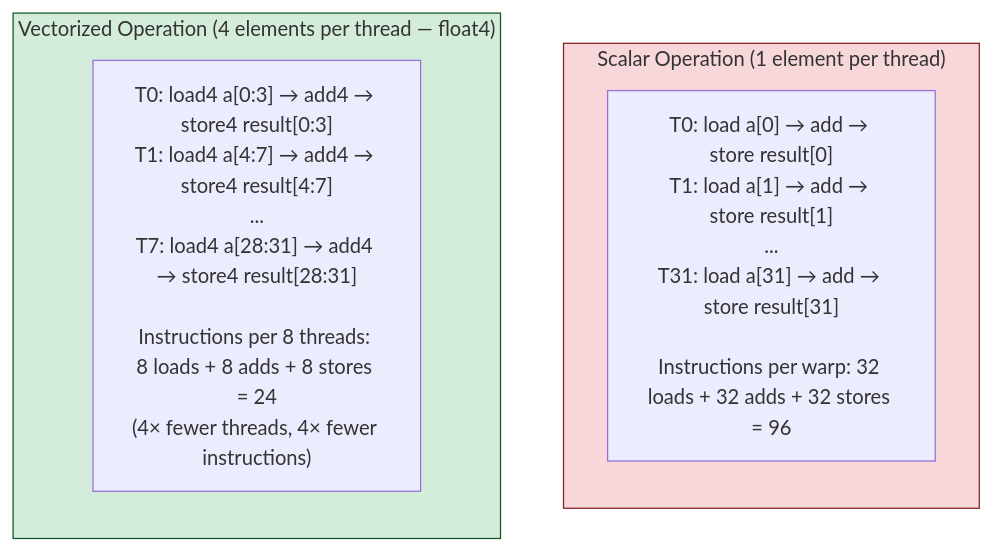
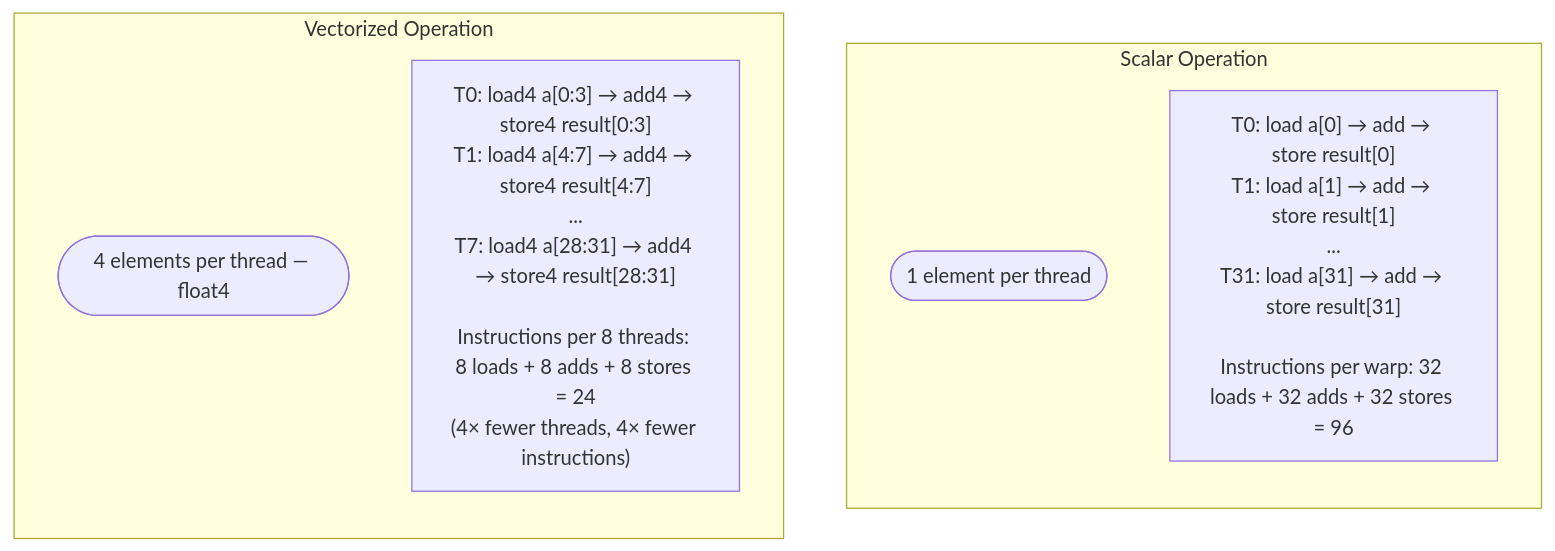
One commit to alirezaazadi/renoir changed the tenth of 45 diagrams in docs/GPU_MAP_OPERATOR.md. Above: the diagram before and after it, drawn with Mermaid. The commit also changed other lines of this file, not shown here.

Commit message:
doc: fix the mermaid charts issues

````diff
--- a/docs/GPU_MAP_OPERATOR.md
+++ b/docs/GPU_MAP_OPERATOR.md
@@ -488,15 +460,14 @@
 ```mermaid
 flowchart TB
-    subgraph SCALAR["Scalar Operation (1 element per thread)"]
+    subgraph SCALAR["Scalar Operation"]
         direction TB
-        SC["T0: load a[0] → add → store result[0]\nT1: load a[1] → add → store result[1]\n...\nT31: load a[31] → add → store result[31]\n\nInstructions per warp: 32 loads + 32 adds + 32 stores = 96"]
+        SCALAR_D(["1 element per thread"])
+        SC["T0: load a[0] → add → store result[0]<br/>T1: load a[1] → add → store result[1]<br/>...<br/>T31: load a[31] → add → store result[31]<br/><br/>Instructions per warp: 32 loads + 32 adds + 32 stores = 96"]
     end
 
-    subgraph VECTOR["Vectorized Operation (4 elements per thread — float4)"]
+    subgraph VECTOR["Vectorized Operation"]
         direction TB
-        VC["T0: load4 a[0:3] → add4 → store4 result[0:3]\nT1: load4 a[4:7] → add4 → store4 result[4:7]\n...\nT7: load4 a[28:31] → add4 → store4 result[28:31]\n\nInstructions per 8 threads: 8 loads + 8 adds + 8 stores = 24\n(4× fewer threads, 4× fewer instructions)"]
+        VECTOR_D(["4 elements per thread — float4"])
+        VC["T0: load4 a[0:3] → add4 → store4 result[0:3]<br/>T1: load4 a[4:7] → add4 → store4 result[4:7]<br/>...<br/>T7: load4 a[28:31] → add4 → store4 result[28:31]<br/><br/>Instructions per 8 threads: 8 loads + 8 adds + 8 stores = 24<br/>(4× fewer threads, 4× fewer instructions)"]
     end
-
-    style SCALAR fill:#f8d7da,stroke:#842029
-    style VECTOR fill:#d4edda,stroke:#155724
 ```
````
